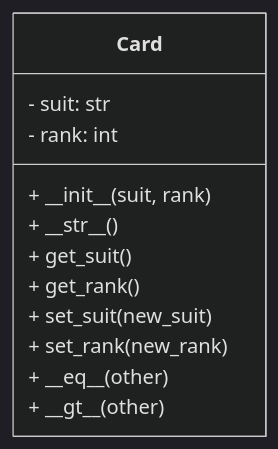
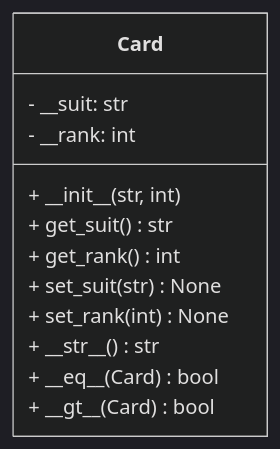
The second of 5 diagrams in content/new_syllabus/unit_03_oop/03_polymorphism/_index.md (isf-dp-cs/isf-dp-cs.github.io), drawn with Mermaid (dark theme) before and after one commit. The commit also changed other lines of this file, not shown here.

```diff
--- a/content/new_syllabus/unit_03_oop/03_polymorphism/_index.md
+++ b/content/new_syllabus/unit_03_oop/03_polymorphism/_index.md
@@ -149,15 +148,15 @@
 {{< mermaid >}}
 classDiagram
     class Card {
-        - suit: str
-        - rank: int
-        + \_\_init__(suit, rank)
-        + \_\_str__()
-        + get_suit()
-        + get_rank()
-        + set_suit(new_suit)
-        + set_rank(new_rank)
-        + \_\_eq__(other)
-        + \_\_gt__(other)
-    }   
+        - __suit: str
+        - __rank: int
+        + \_\_init__(str, int)
+        + get_suit() str
+        + get_rank() int
+        + set_suit(str) None
+        + set_rank(int) None
+        + \_\_str__() str
+        + \_\_eq__(Card) bool
+        + \_\_gt__(Card) bool
+    }  
 {{< /mermaid >}}
```
